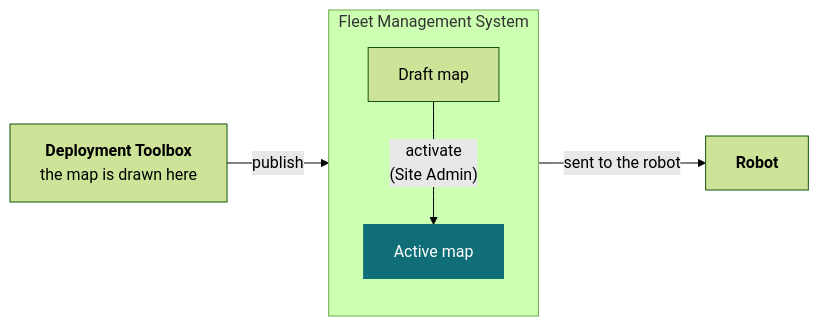
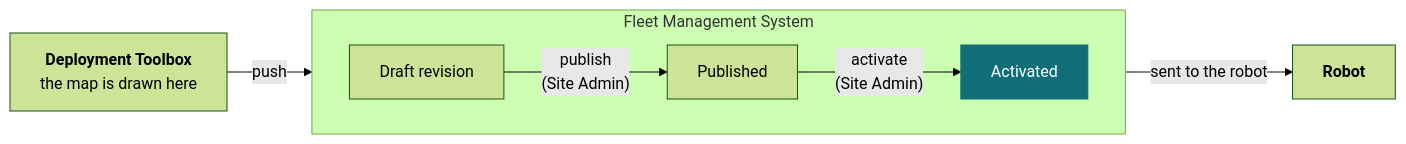
One commit to westonrobot/docs changed the second of 2 diagrams in solution/fleet-management/tenant-management.md. Above: the diagram before and after it, drawn with Mermaid (forest theme). The commit also changed other lines of this file, not shown here.

````diff
--- a/solution/fleet-management/tenant-management.md
+++ b/solution/fleet-management/tenant-management.md
@@ -72,14 +69,16 @@
 ```mermaid
 flowchart LR
     TB["<b>Deployment Toolbox</b><br/>the map is drawn here"]
     subgraph FMS["Fleet Management System"]
-        direction TB
-        DRAFT["Draft map"]
-        ACTIVE["Active map"]
-        DRAFT -->|"activate<br/>(Site Admin)"| ACTIVE
+        direction LR
+        DRAFT["Draft revision"]
+        PUB["Published"]
+        ACTIVE["Activated"]
+        DRAFT -->|"publish<br/>(Site Admin)"| PUB
+        PUB -->|"activate<br/>(Site Admin)"| ACTIVE
     end
     ROBOT["<b>Robot</b>"]
-    TB -->|publish| DRAFT
-    ACTIVE -->|sent to the robot| ROBOT
+    TB -->|"push"| DRAFT
+    ACTIVE -->|"sent to the robot"| ROBOT
     style ACTIVE fill:#0f6e78,stroke:#0f6e78,color:#fff
 ```
````
